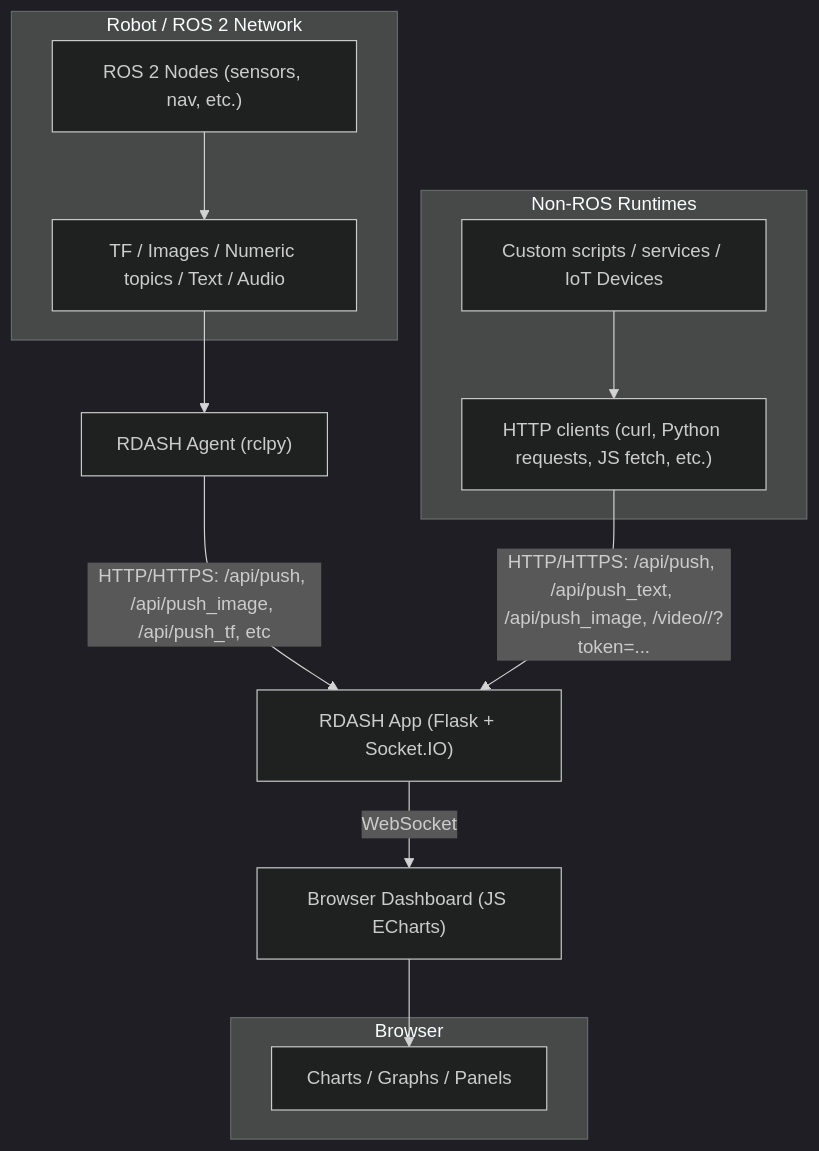
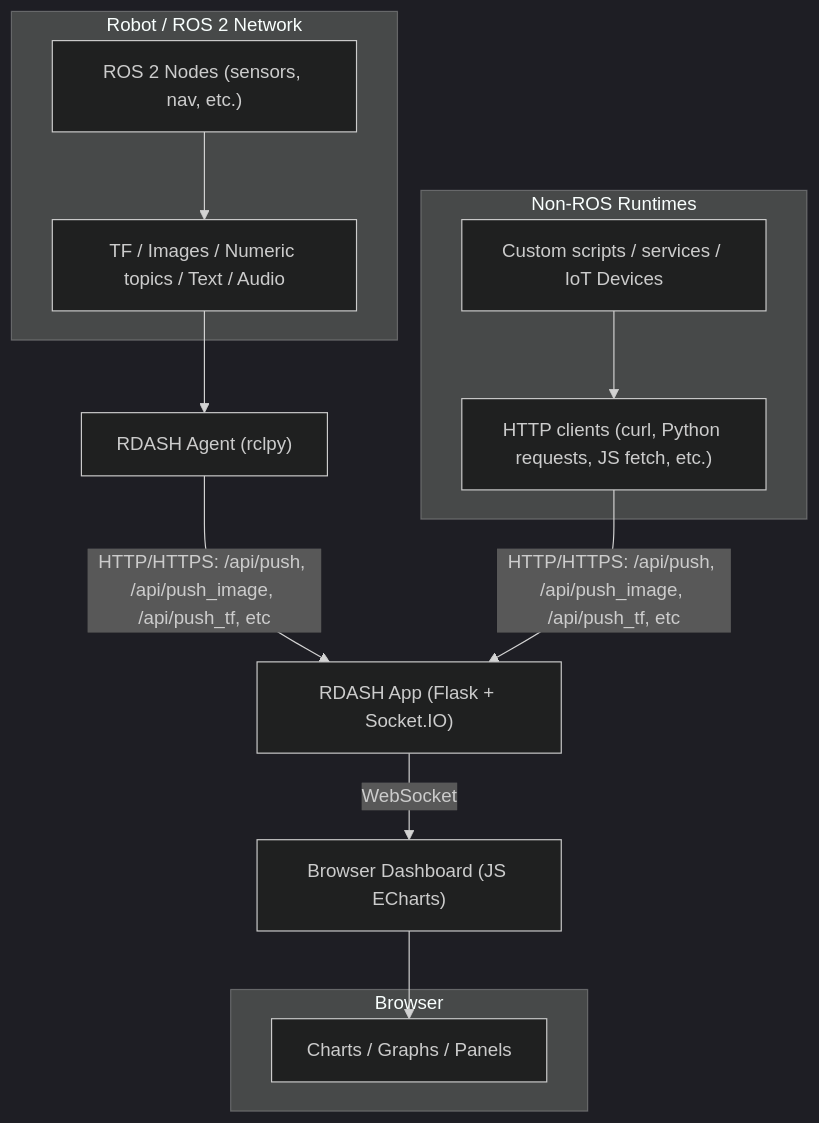
Before and after one commit to vamsi-karnam/rdash: the diagram in README.md, drawn with Mermaid (dark theme).

````diff
--- a/README.md
+++ b/README.md
@@ -126,26 +126,26 @@
 ```mermaid
 flowchart TD
   subgraph "Robot / ROS 2 Network"
     A1["ROS 2 Nodes (sensors, nav, etc.)"]
     A2["TF / Images / Numeric topics / Text / Audio"]
   end
 
   A1 --> A2
   A2 --> B["RDASH Agent (rclpy)"]
   B -- "HTTP/HTTPS: /api/push, /api/push_image, /api/push_tf, etc" --> C["RDASH App (Flask + Socket.IO)"]
 
   subgraph "Non-ROS Runtimes"
     X1["Custom scripts / services / IoT Devices"]
     X2["HTTP clients (curl, Python requests, JS fetch, etc.)"]
     X1 --> X2
   end
-  X2 -- "HTTP/HTTPS: /api/push, /api/push_text, /api/push_image, /video/<robot>/<sensor>?token=..." --> C
+  X2 -- "HTTP/HTTPS: /api/push, /api/push_image, /api/push_tf, etc" --> C
 
   C -- "WebSocket" --> D["Browser Dashboard (JS ECharts)"]
 
   subgraph Browser
     D1["Charts / Graphs / Panels"]
   end
 
   D -->  D1
 ```
````
